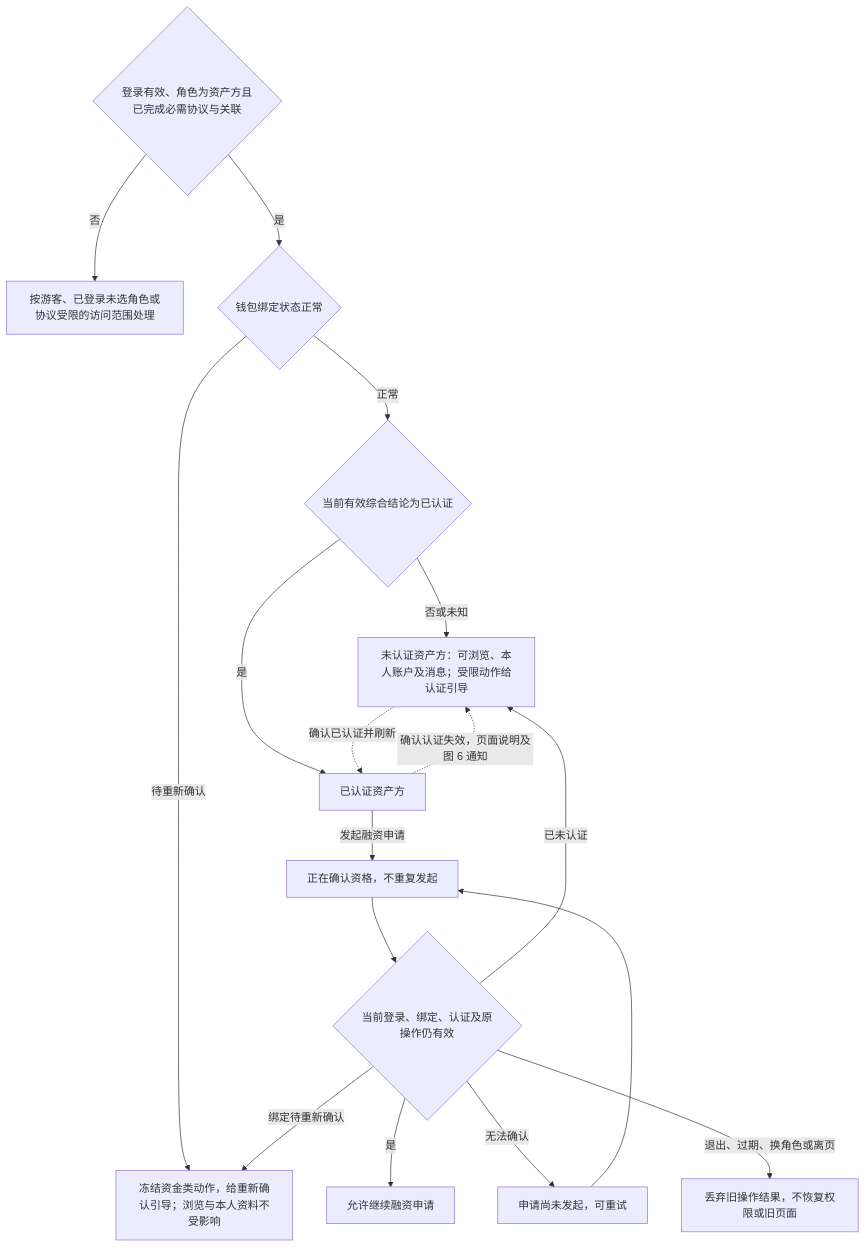
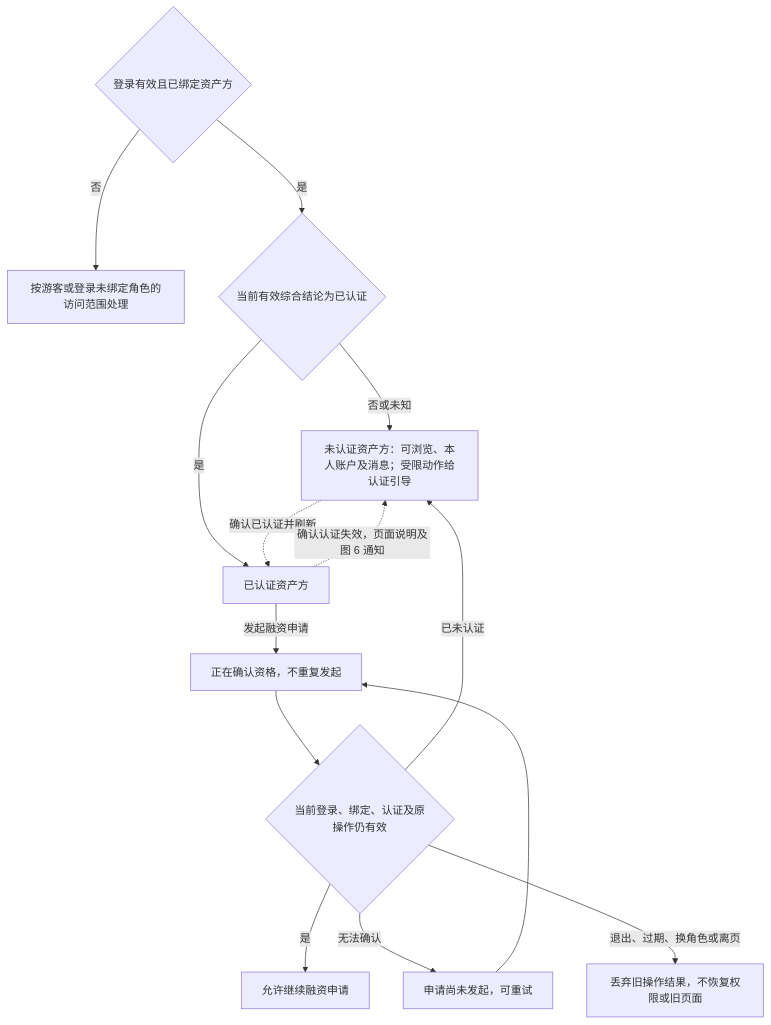
One commit to wxblockchain/Chain-Financing changed the fourth of 7 diagrams in lending-platform/PRD/v2.0-登录与账户体系/02-登录主干与资产方SSO接入-流程图与状态机.md. Above: the diagram before and after it, drawn with Mermaid. The commit also changed other lines of this file and 5 other files, not shown here.

````diff
--- a/lending-platform/PRD/v2.0-登录与账户体系/02-登录主干与资产方SSO接入-流程图与状态机.md
+++ b/lending-platform/PRD/v2.0-登录与账户体系/02-登录主干与资产方SSO接入-流程图与状态机.md
@@ -99,19 +86,16 @@
 ```mermaid
 flowchart TD
-    S{"登录有效、角色为资产方且已完成必需协议与关联"} -->|否| OUT["按游客、已登录未选角色或协议受限的访问范围处理"]
-    S -->|是| B{"钱包绑定状态正常"}
-    B -->|待重新确认| FREEZE["冻结资金类动作，给重新确认引导；浏览与本人资料不受影响"]
-    B -->|正常| V{"当前有效综合结论为已认证"}
+    S{"登录有效且已绑定资产方"} -->|否| OUT["按游客或登录未绑定角色的访问范围处理"]
+    S -->|是| V{"当前有效综合结论为已认证"}
     V -->|否或未知| UNVERIFIED["未认证资产方：可浏览、本人账户及消息；受限动作给认证引导"]
     V -->|是| VERIFIED["已认证资产方"]
     UNVERIFIED -.->|确认已认证并刷新| VERIFIED
     VERIFIED -.->|确认认证失效，页面说明及图 6 通知| UNVERIFIED
     VERIFIED -->|发起融资申请| WAIT["正在确认资格，不重复发起"]
     WAIT --> CHECK{"当前登录、绑定、认证及原操作仍有效"}
     CHECK -->|是| GO["允许继续融资申请"]
     CHECK -->|已未认证| UNVERIFIED
-    CHECK -->|绑定待重新确认| FREEZE
     CHECK -->|无法确认| RETRY["申请尚未发起，可重试"]
     RETRY --> WAIT
     CHECK -->|退出、过期、换角色或离页| STOP["丢弃旧操作结果，不恢复权限或旧页面"]
 ```
````
